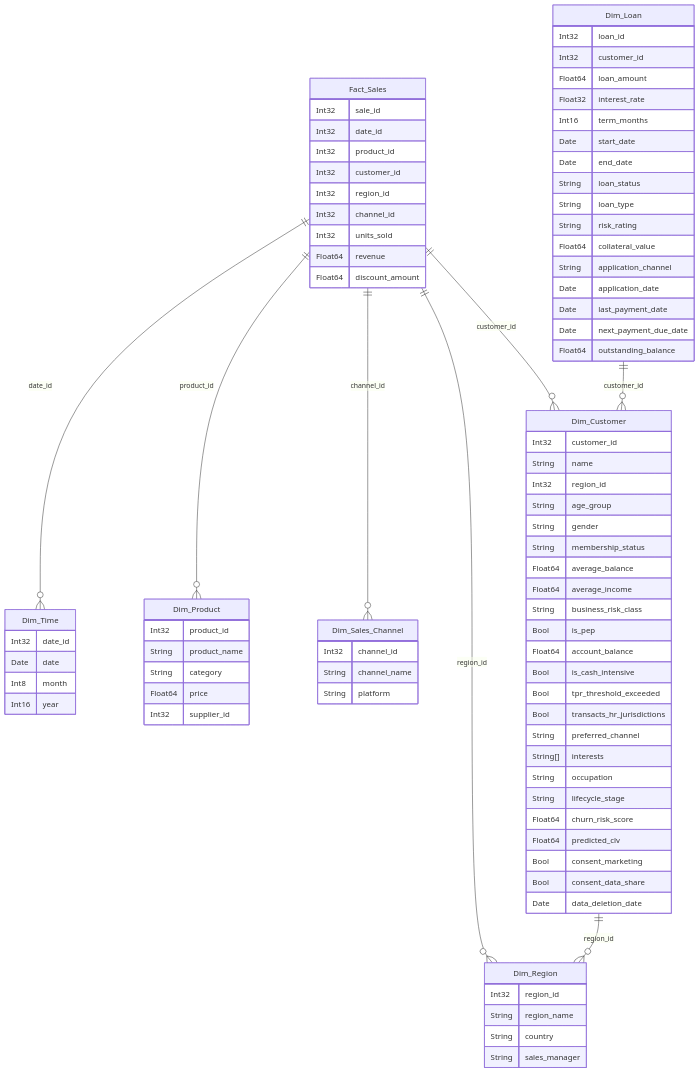
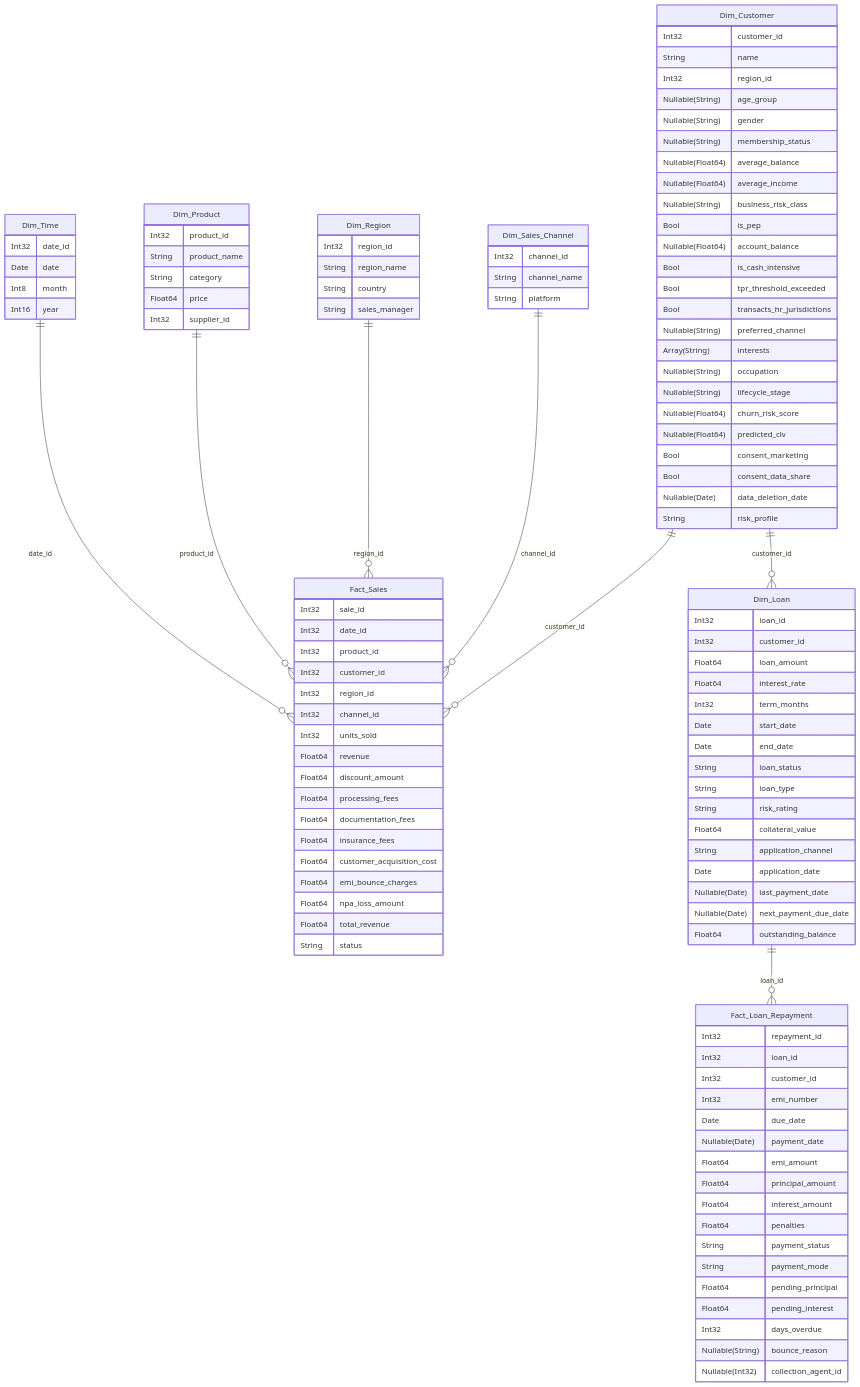
Before and after one commit to jobinlawrance/bank-loan-dataset: the diagram in GeneratedER.md, drawn with Mermaid.

Commit message:
Update er diagram

````diff
--- a/GeneratedER.md
+++ b/GeneratedER.md
@@ -1,5 +1,13 @@
 ```mermaid
 erDiagram
+    Dim_Time ||--o{ Fact_Sales : "date_id"
+    Dim_Product ||--o{ Fact_Sales : "product_id"
+    Dim_Region ||--o{ Fact_Sales : "region_id"
+    Dim_Sales_Channel ||--o{ Fact_Sales : "channel_id"
+    Dim_Customer ||--o{ Fact_Sales : "customer_id"
+    Dim_Customer ||--o{ Dim_Loan : "customer_id"
+    Dim_Loan ||--o{ Fact_Loan_Repayment : "loan_id"
+
     Dim_Time {
         Int32 date_id
         Date date
@@ -32,26 +40,46 @@
         Int32 customer_id
         String name
         Int32 region_id
-        String age_group
-        String gender
-        String membership_status
-        Float64 average_balance
-        Float64 average_income
-        String business_risk_class
+        Nullable(String) age_group
+        Nullable(String) gender
+        Nullable(String) membership_status
+        Nullable(Float64) average_balance
+        Nullable(Float64) average_income
+        Nullable(String) business_risk_class
         Bool is_pep
-        Float64 account_balance
+        Nullable(Float64) account_balance
         Bool is_cash_intensive
         Bool tpr_threshold_exceeded
         Bool transacts_hr_jurisdictions
-        String preferred_channel
-        String[] interests
-        String occupation
-        String lifecycle_stage
-        Float64 churn_risk_score
-        Float64 predicted_clv
+        Nullable(String) preferred_channel
+        Array(String) interests
+        Nullable(String) occupation
+        Nullable(String) lifecycle_stage
+        Nullable(Float64) churn_risk_score
+        Nullable(Float64) predicted_clv
         Bool consent_marketing
         Bool consent_data_share
-        Date data_deletion_date
+        Nullable(Date) data_deletion_date
+        String risk_profile
+    }
+
+    Dim_Loan {
+        Int32 loan_id
+        Int32 customer_id
+        Float64 loan_amount
+        Float64 interest_rate
+        Int32 term_months
+        Date start_date
+        Date end_date
+        String loan_status
+        String loan_type
+        String risk_rating
+        Float64 collateral_value
+        String application_channel
+        Date application_date
+        Nullable(Date) last_payment_date
+        Nullable(Date) next_payment_due_date
+        Float64 outstanding_balance
     }
 
     Fact_Sales {
@@ -64,32 +92,33 @@
         Int32 units_sold
         Float64 revenue
         Float64 discount_amount
+        Float64 processing_fees
+        Float64 documentation_fees
+        Float64 insurance_fees
+        Float64 customer_acquisition_cost
+        Float64 emi_bounce_charges
+        Float64 npa_loss_amount
+        Float64 total_revenue
+        String status
     }
 
-    Dim_Loan {
+    Fact_Loan_Repayment {
+        Int32 repayment_id
         Int32 loan_id
         Int32 customer_id
-        Float64 loan_amount
-        Float32 interest_rate
-        Int16 term_months
-        Date start_date
-        Date end_date
-        String loan_status
-        String loan_type
-        String risk_rating
-        Float64 collateral_value
-        String application_channel
-        Date application_date
-        Date last_payment_date
-        Date next_payment_due_date
-        Float64 outstanding_balance
+        Int32 emi_number
+        Date due_date
+        Nullable(Date) payment_date
+        Float64 emi_amount
+        Float64 principal_amount
+        Float64 interest_amount
+        Float64 penalties
+        String payment_status
+        String payment_mode
+        Float64 pending_principal
+        Float64 pending_interest
+        Int32 days_overdue
+        Nullable(String) bounce_reason
+        Nullable(Int32) collection_agent_id
     }
-
-    Fact_Sales ||--o{ Dim_Time: "date_id"
-    Fact_Sales ||--o{ Dim_Product: "product_id"
-    Fact_Sales ||--o{ Dim_Customer: "customer_id"
-    Fact_Sales ||--o{ Dim_Region: "region_id"
-    Fact_Sales ||--o{ Dim_Sales_Channel: "channel_id"
-    Dim_Customer ||--o{ Dim_Region: "region_id"
-    Dim_Loan ||--o{ Dim_Customer: "customer_id"
 ```
````
